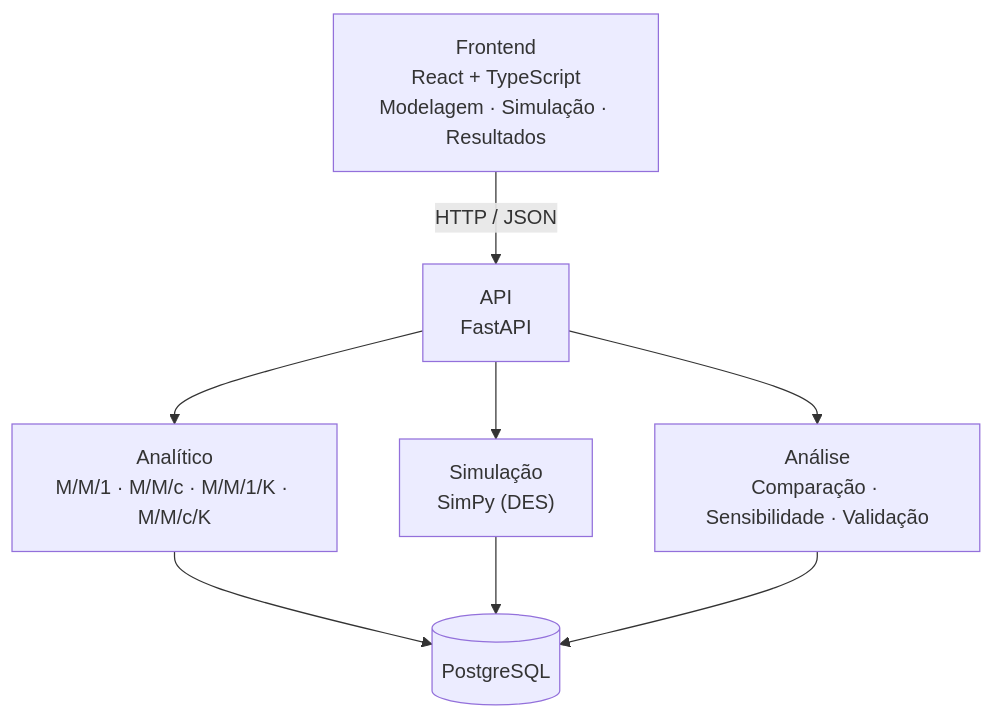
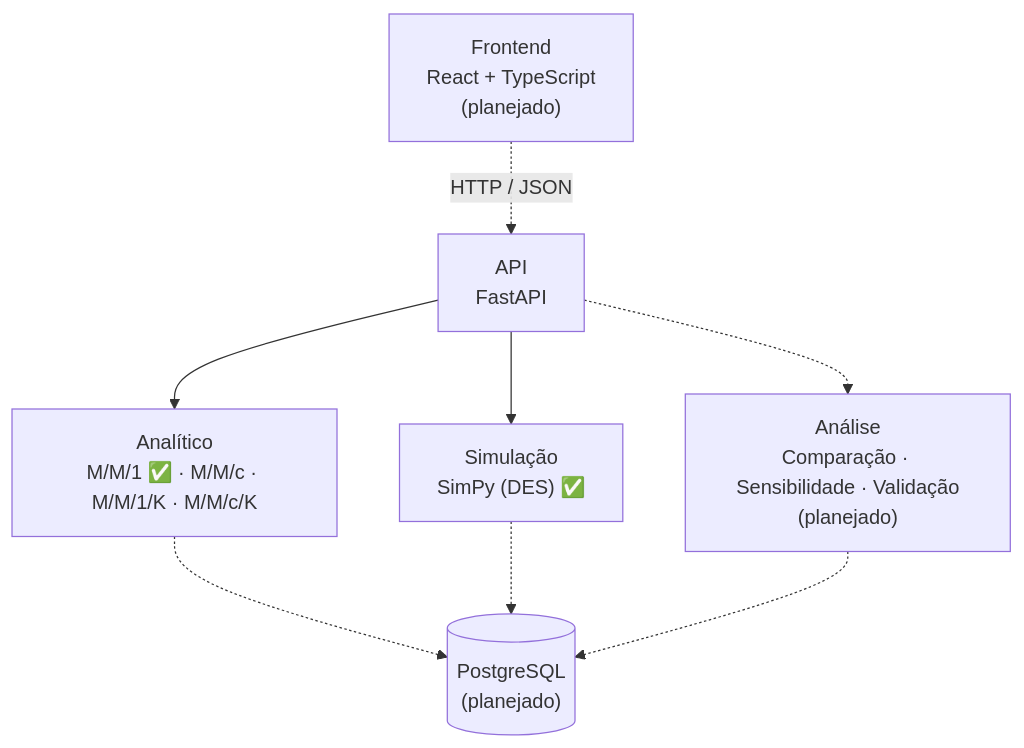
One commit to lucifer-son/QSimulador changed the diagram in README.md. Above: the diagram before and after it, drawn with Mermaid. The commit also changed other lines of this file, not shown here.

````diff
--- a/README.md
+++ b/README.md
@@ -131,17 +154,17 @@
 ```mermaid
 flowchart TD
-    FE["Frontend<br/>React + TypeScript<br/>Modelagem · Simulação · Resultados"]
+    FE["Frontend<br/>React + TypeScript<br/>(planejado)"]
     API["API<br/>FastAPI"]
-    AN["Analítico<br/>M/M/1 · M/M/c · M/M/1/K · M/M/c/K"]
-    SIM["Simulação<br/>SimPy (DES)"]
-    ANL["Análise<br/>Comparação · Sensibilidade · Validação"]
-    DB[("PostgreSQL")]
+    AN["Analítico<br/>M/M/1 ✅ · M/M/c · M/M/1/K · M/M/c/K"]
+    SIM["Simulação<br/>SimPy (DES) ✅"]
+    ANL["Análise<br/>Comparação · Sensibilidade · Validação<br/>(planejado)"]
+    DB[("PostgreSQL<br/>(planejado)")]
 
-    FE -->|HTTP / JSON| API
+    FE -.->|HTTP / JSON| API
     API --> AN
     API --> SIM
-    API --> ANL
-    AN --> DB
-    SIM --> DB
-    ANL --> DB
+    API -.-> ANL
+    AN -.-> DB
+    SIM -.-> DB
+    ANL -.-> DB
 ```
````
